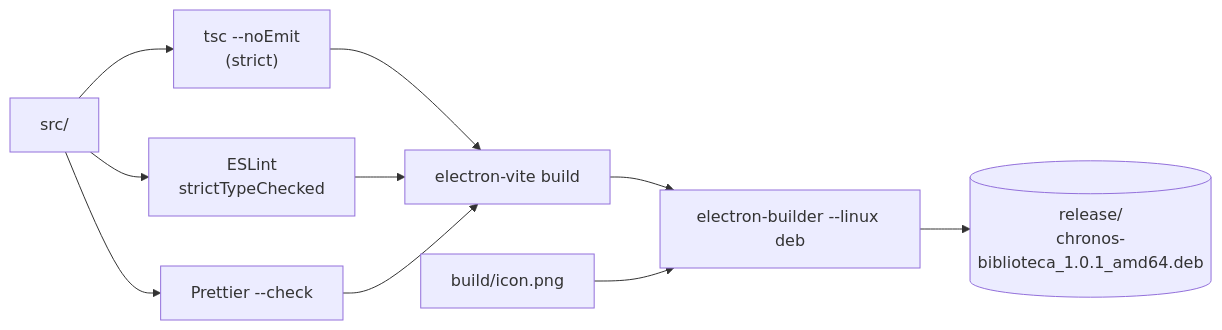
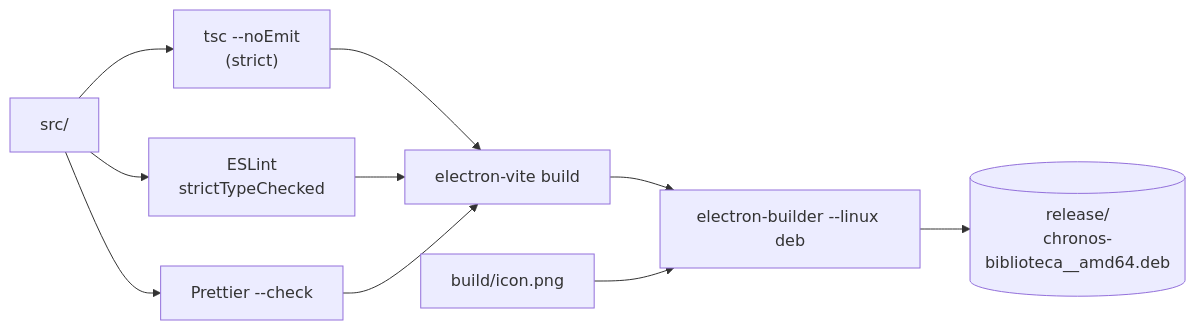
The fourth of 5 diagrams in README.md (chronos-atalante/chronos-biblioteca), drawn with Mermaid before and after one commit. The commit also changed other lines of this file and 23 other files, not shown here.

````diff
--- a/README.md
+++ b/README.md
@@ -356,12 +358,12 @@
 ```mermaid
 flowchart LR
     SRC["src/"] --> TSC["tsc --noEmit<br/>(strict)"]
     SRC --> ESL["ESLint<br/>strictTypeChecked"]
     SRC --> PRT["Prettier --check"]
     TSC --> VITE["electron-vite build"]
     ESL --> VITE
     PRT --> VITE
     VITE --> EB["electron-builder --linux deb"]
     ICON["build/icon.png"] --> EB
-    EB --> DEB[("release/<br/>chronos-biblioteca_1.0.1_amd64.deb")]
+    EB --> DEB[("release/<br/>chronos-biblioteca_<versão>_amd64.deb")]
 ```
````
